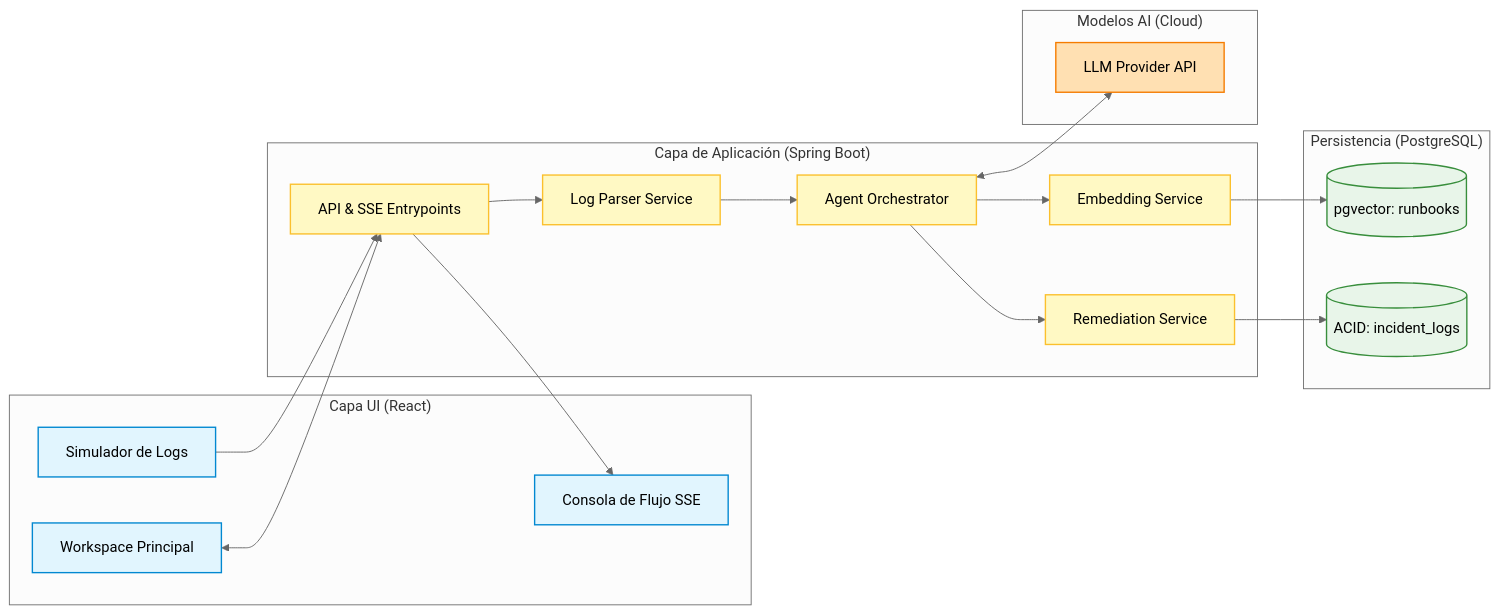
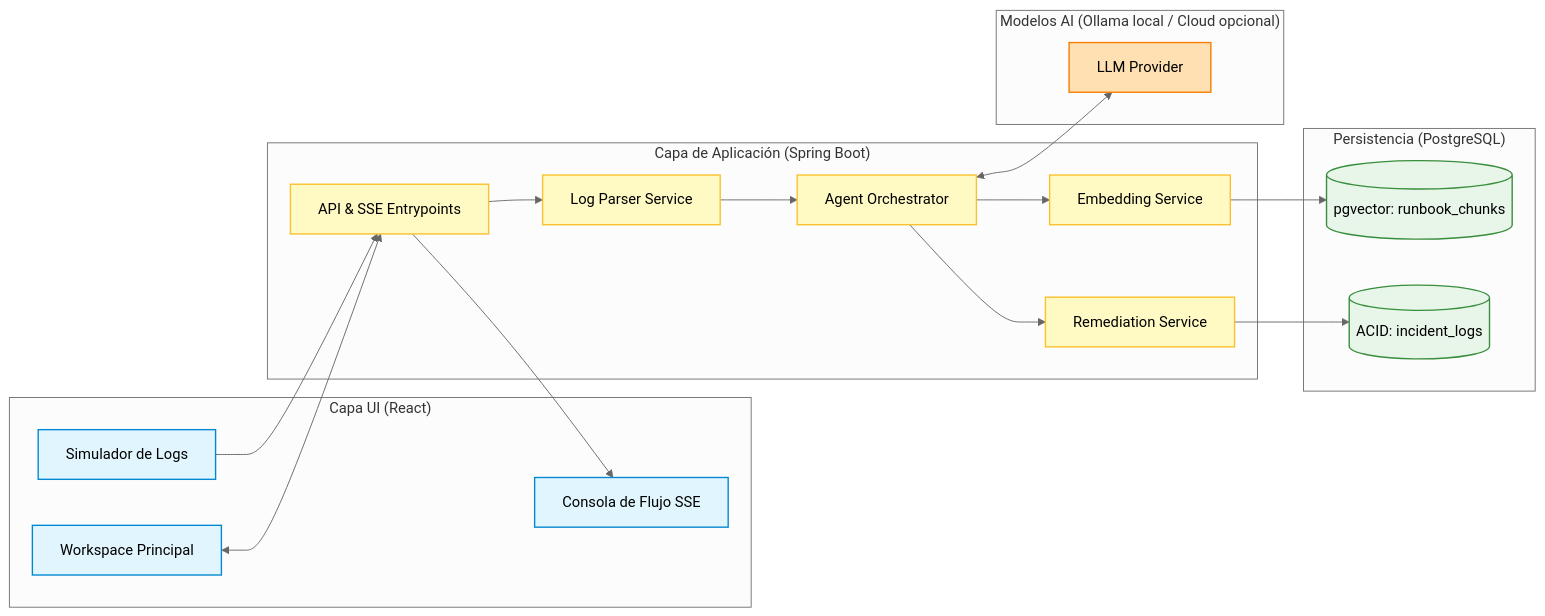
Before and after one commit to LIDR-academy/AI4Devs-finalproject: the diagram in #2-arquitectura-del-sistema.md, drawn with Mermaid (neutral theme). The commit also changed other lines of this file and 5 other files, not shown here.

First line of the commit message:
docs: align project docs with implemented Ollama-first architecture

````diff
--- a/#2-arquitectura-del-sistema.md
+++ b/#2-arquitectura-del-sistema.md
@@ -4,53 +4,53 @@
 ```mermaid
 graph LR
     %% Configuración de Estilos Visuales
     classDef ui fill:#e1f5fe,stroke:#0288d1,stroke-width:1.5px;
     classDef core fill:#fff9c4,stroke:#fbc02d,stroke-width:1.5px;
     classDef db fill:#e8f5e9,stroke:#388e3c,stroke-width:1.5px;
     classDef ext fill:#ffe0b2,stroke:#f57c00,stroke-width:1.5px;
 
     %% 1. CAPA DE PRESENTACIÓN
     subgraph Capa_Cliente ["Capa UI (React)"]
         Selector[Simulador de Logs]:::ui
         UI[Workspace Principal]:::ui
         Terminal[Consola de Flujo SSE]:::ui
     end
 
     %% 2. CAPA DE APLICACIÓN
     subgraph Capa_Backend ["Capa de Aplicación (Spring Boot)"]
         API[API & SSE Entrypoints]:::core
         Parser[Log Parser Service]:::core
         Agent[Agent Orchestrator]:::core
         Embed[Embedding Service]:::core
         Remediation[Remediation Service]:::core
     end
 
     %% 3. CAPA DE DATOS
     subgraph Capa_Datos ["Persistencia (PostgreSQL)"]
-        VectorStore[(pgvector: runbooks)]:::db
+        VectorStore[(pgvector: runbook_chunks)]:::db
         RelationalStore[(ACID: incident_logs)]:::db
     end
 
-    %% 4. CAPA DE INTELIGENCIA EXTERNA
-    subgraph Capa_AI ["Modelos AI (Cloud)"]
-        LLM[LLM Provider API]:::ext
+    %% 4. CAPA DE INTELIGENCIA (LOCAL POR DEFECTO / CLOUD OPCIONAL)
+    subgraph Capa_AI ["Modelos AI (Ollama local / Cloud opcional)"]
+        LLM[LLM Provider]:::ext
     end
 
     %% --- FLUJO DE INTERACCIONES DIRECTAS Y ORTOGONALES ---
     
     %% Cliente e Ingesta
     Selector --> API
     UI <--> API
     API --> Terminal
 
     %% Pipeline Interno del Servidor
     API --> Parser
     Parser --> Agent
     Agent --> Embed
     Agent --> Remediation
 
     %% Salidas de Datos y AI (Cierre del Pipeline)
     Embed --> VectorStore
     Agent <--> LLM
     Remediation --> RelationalStore
 ```
````
